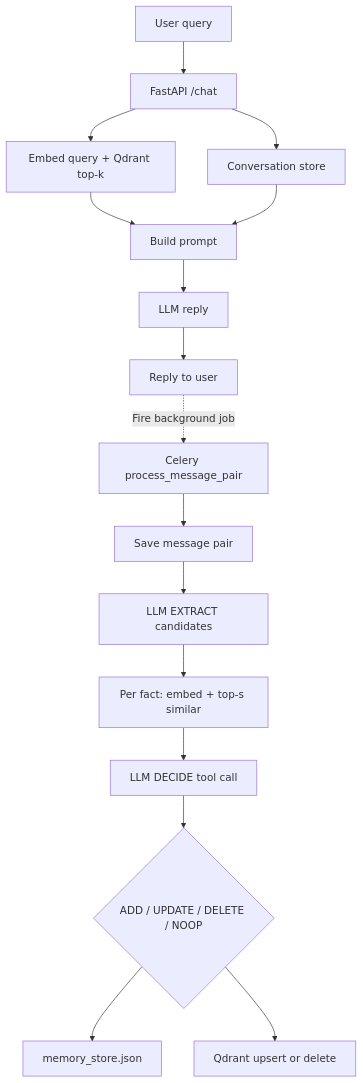
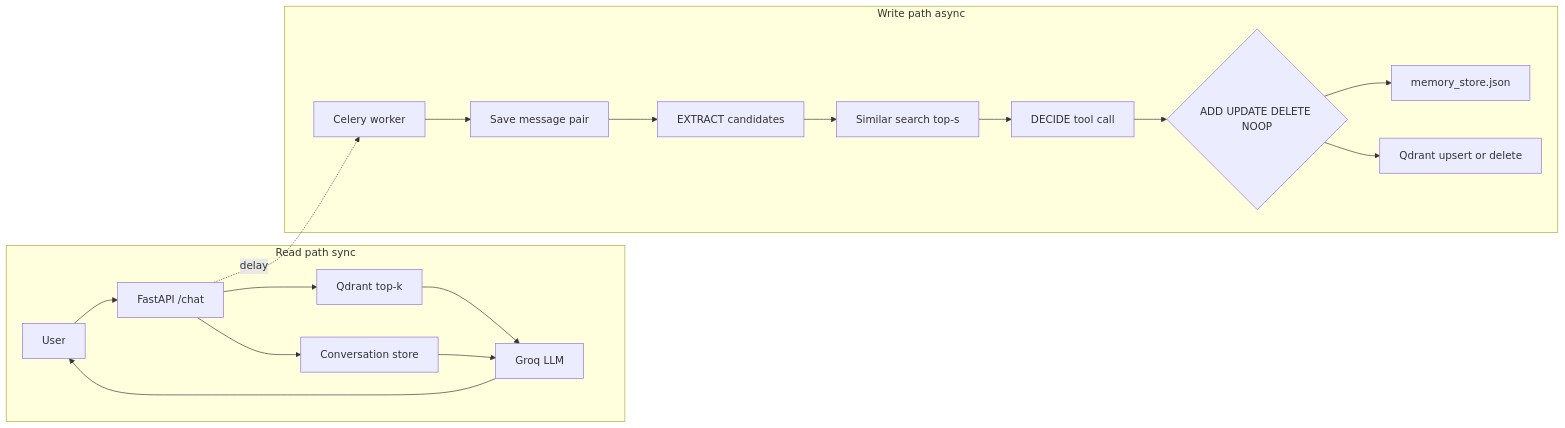
Before and after one commit to Swaraj07082/CogLayer: the first of 3 diagrams in README.md, drawn with Mermaid. The commit also changed other lines of this file and 12 other files, not shown here.

First line of the commit message:
Update README and frontend components; introduce interactive architecture lab

````diff
--- a/README.md
+++ b/README.md
@@ -18,19 +42,21 @@
 ```mermaid
-flowchart TD
-  U[User query] --> API[FastAPI /chat]
-  API --> Q[Embed query + Qdrant top-k]
-  API --> C[Conversation store]
-  Q --> P[Build prompt]
-  C --> P
-  P --> L[LLM reply]
-  L --> R[Reply to user]
-  R -. Fire background job .-> W[Celery process_message_pair]
-
-  W --> Save[Save message pair]
-  Save --> Ext[LLM EXTRACT candidates]
-  Ext --> Sim[Per fact: embed + top-s similar]
-  Sim --> Dec[LLM DECIDE tool call]
-  Dec --> Ops{ADD / UPDATE / DELETE / NOOP}
-  Ops --> MS[memory_store.json]
-  Ops --> QD[Qdrant upsert or delete]
+flowchart LR
+  subgraph readPath [Read path sync]
+    U[User] --> API[FastAPI /chat]
+    API --> Q[Qdrant top-k]
+    API --> C[Conversation store]
+    Q --> LLM[Groq LLM]
+    C --> LLM
+    LLM --> U
+  end
+  API -. delay .-> W[Celery worker]
+  subgraph writePath [Write path async]
+    W --> Save[Save message pair]
+    Save --> Ext[EXTRACT candidates]
+    Ext --> Sim[Similar search top-s]
+    Sim --> Dec[DECIDE tool call]
+    Dec --> Ops{ADD UPDATE DELETE NOOP}
+    Ops --> MS[memory_store.json]
+    Ops --> QD[Qdrant upsert or delete]
+  end
 ```
````
